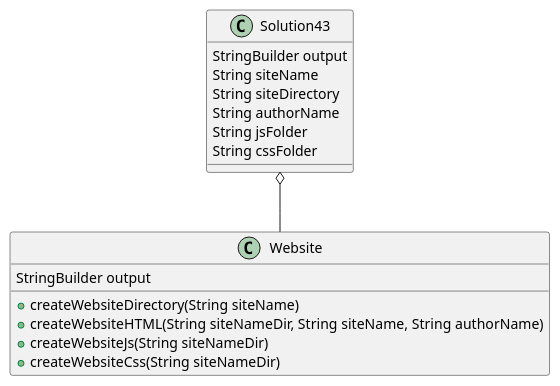
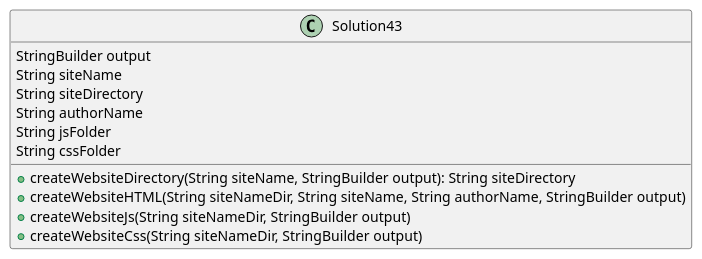
The diagram in exercise43/docs/main.puml (nader-fares/fares-a04), drawn with PlantUML before and after one commit. The commit also changed 52 other files, not shown here.

```diff
--- a/exercise43/docs/main.puml
+++ b/exercise43/docs/main.puml
@@ -1,21 +1,16 @@
 @startuml
 'https://plantuml.com/sequence-diagram
 class Solution43 {
 StringBuilder output
 String siteName
 String siteDirectory
 String authorName
 String jsFolder
 String cssFolder
++createWebsiteDirectory(String siteName, StringBuilder output): String siteDirectory
++createWebsiteHTML(String siteNameDir, String siteName, String authorName, StringBuilder output)
++createWebsiteJs(String siteNameDir, StringBuilder output)
++createWebsiteCss(String siteNameDir, StringBuilder output)
 }
 
-class Website {
-StringBuilder output
-+createWebsiteDirectory(String siteName)
-+createWebsiteHTML(String siteNameDir, String siteName, String authorName)
-+createWebsiteJs(String siteNameDir)
-+createWebsiteCss(String siteNameDir)
-}
-
-Solution43 o-- Website
 @enduml
```
